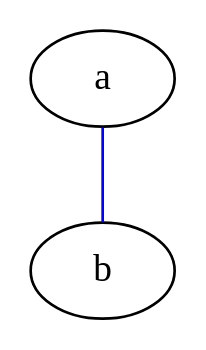
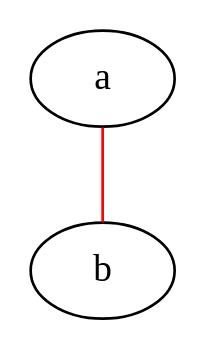
The diagram in README.org (tomrut/dotfiles), drawn with Graphviz before and after one commit. The commit also changed other lines of this file and 1 other file, not shown here.

Commit message:
Added new snippet and updated readme adding info regarding drawing graphs

```diff
--- a/README.org
+++ b/README.org
@@ -99,8 +106,8 @@
 #+BEGIN_SRC dot :file test-dot.png :cmdline -Kdot -Tpng
 
 strict graph {
   a -- b;
   a -- b;
-  b -- a [color=blue];
+  b -- a [color=red];
 }
 #+END_SRC
```
